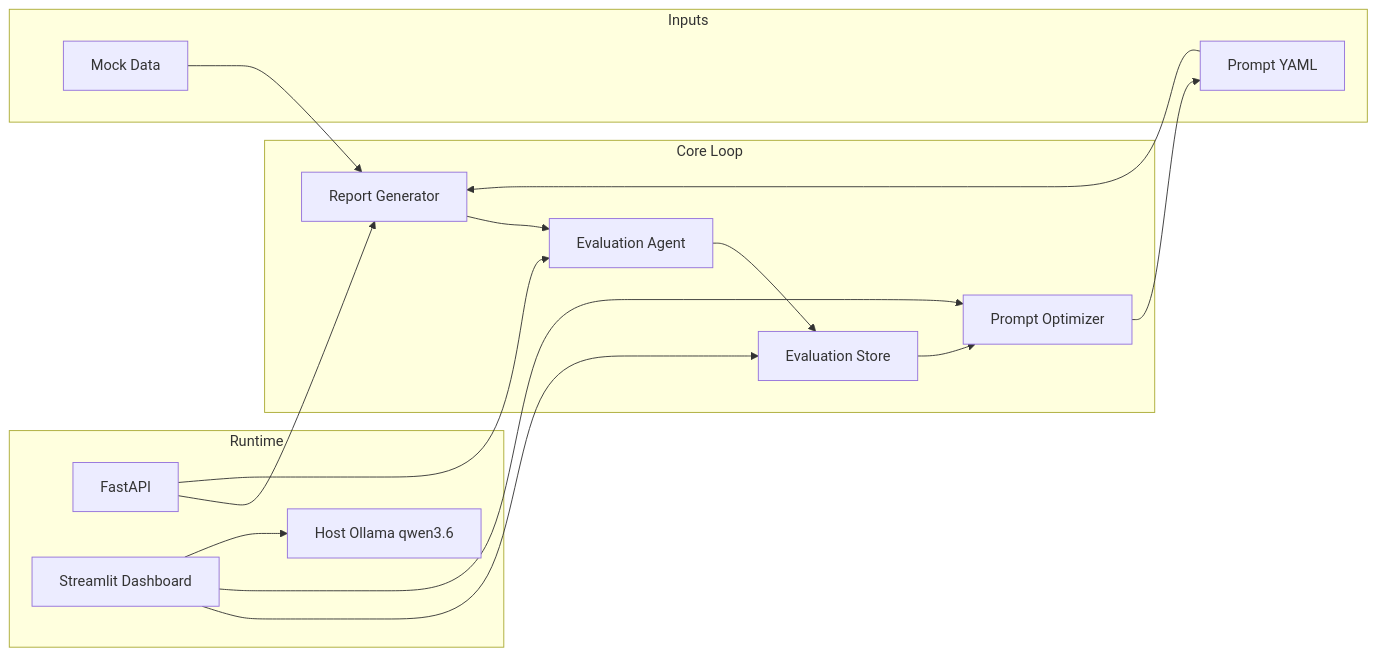
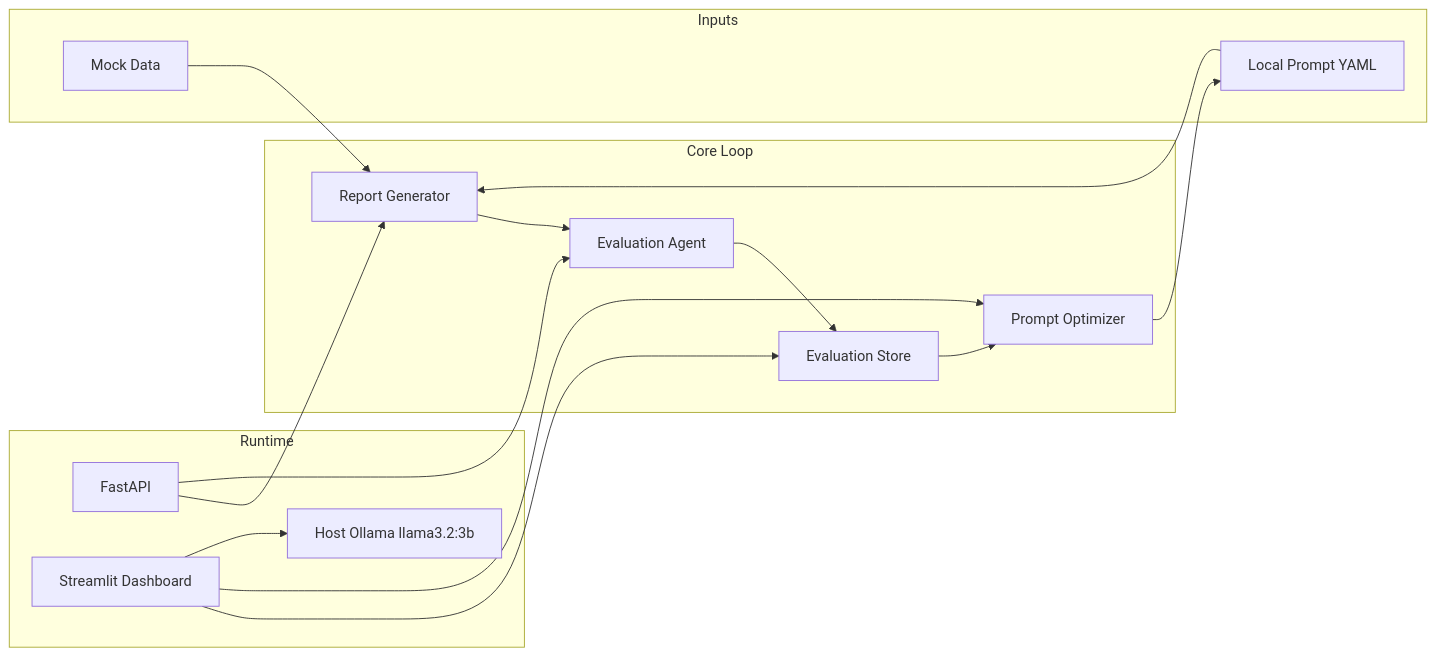
One commit to Starlight258/llm-eval-loop changed the diagram in README.md. Above: the diagram before and after it, drawn with Mermaid. The commit also changed other lines of this file and 7 other files, not shown here.

Commit message:
docs(prompts): move prompt fixtures to local-only path

````diff
--- a/README.md
+++ b/README.md
@@ -24,33 +24,33 @@
 ```mermaid
 flowchart LR
     subgraph Inputs["Inputs"]
         A[Mock Data]
-        B[Prompt YAML]
+        B[Local Prompt YAML]
     end
 
     subgraph Core["Core Loop"]
         C[Report Generator]
         D[Evaluation Agent]
         E[Evaluation Store]
         F[Prompt Optimizer]
     end
 
     subgraph Runtime["Runtime"]
         G[FastAPI]
         H[Streamlit Dashboard]
-        I[Host Ollama qwen3.6]
+        I[Host Ollama llama3.2:3b]
     end
 
     A --> C
     B --> C
     C --> D
     D --> E
     E --> F
     F --> B
 
     G --> C
     G --> D
     H --> E
     H --> F
     H --> I
 ```
````
